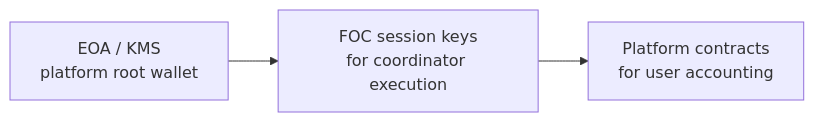
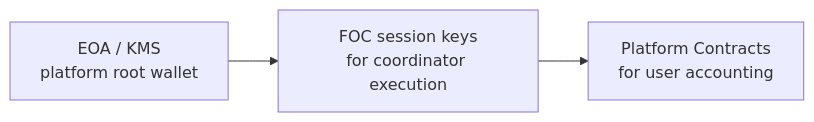
One commit to FIL-Builders/foc-platform changed the sixth of 20 diagrams in spec.md. Above: the diagram before and after it, drawn with Mermaid. The commit also changed other lines of this file, not shown here.

Commit message:
Polish platform stack specification

````diff
--- a/spec.md
+++ b/spec.md
@@ -552,9 +556,9 @@
 ```mermaid
 flowchart LR
   root["EOA / KMS<br/>platform root wallet"]
   session["FOC session keys<br/>for coordinator execution"]
-  accounting["Platform contracts<br/>for user accounting"]
+  accounting["Platform Contracts<br/>for user accounting"]
 
   root --> session
   session --> accounting
 ```
````
